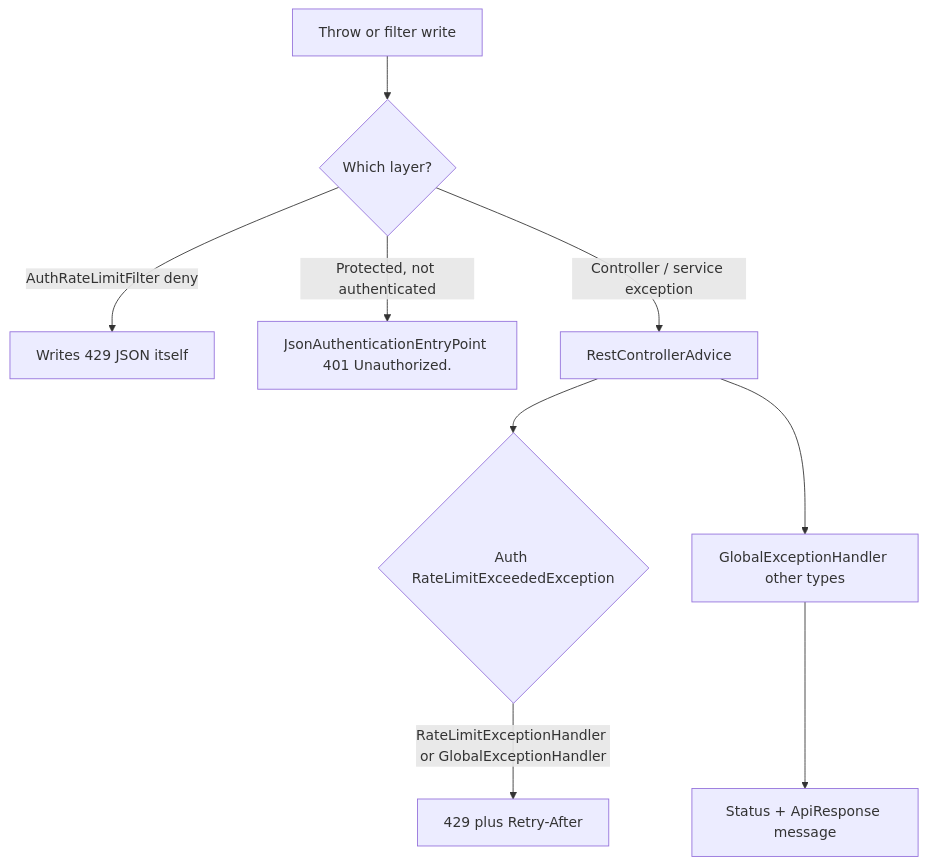
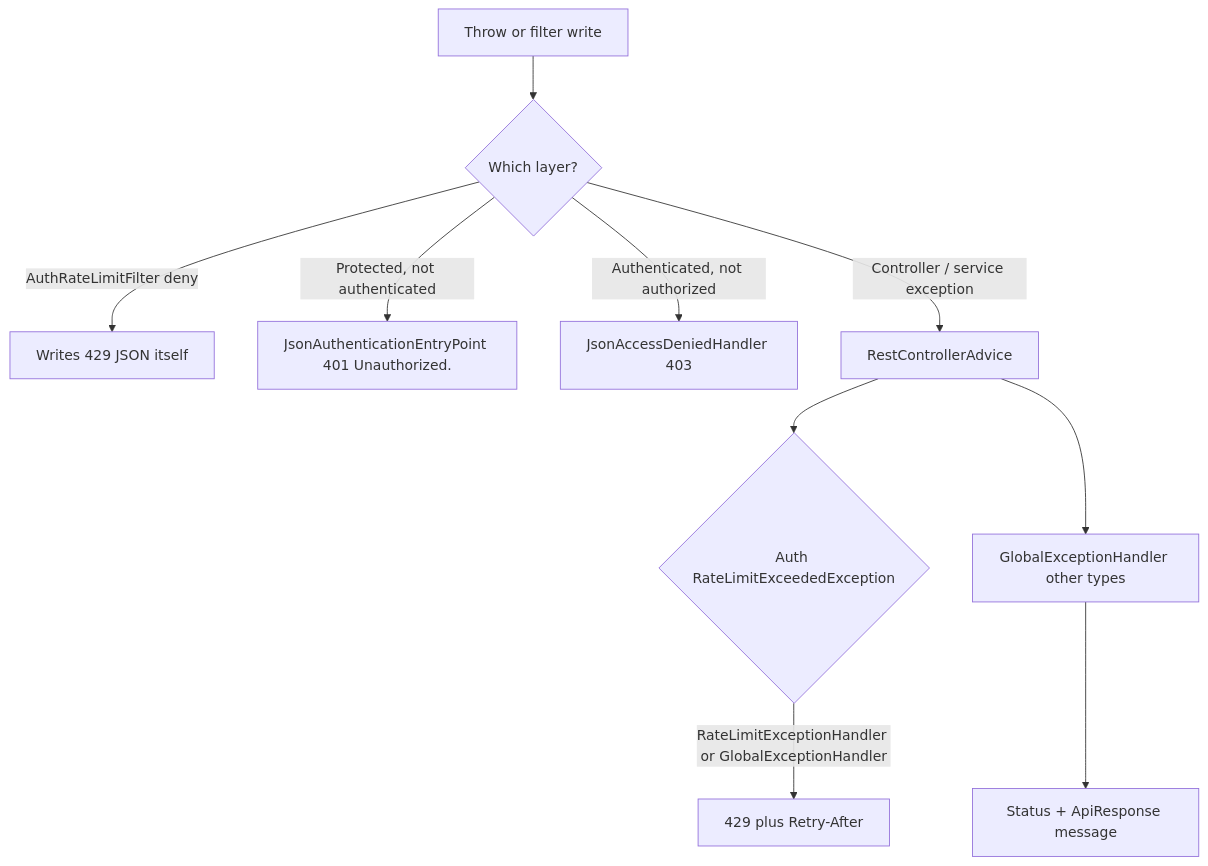
The diagram in src/main/java/com/developer/copilot/auth/docs/ERROR-HANDLING.md (Venkata-Nageswara-Bhadri78/CodePilot), drawn with Mermaid before and after one commit. The commit also changed other lines of this file and 14 other files, not shown here.

````diff
--- a/src/main/java/com/developer/copilot/auth/docs/ERROR-HANDLING.md
+++ b/src/main/java/com/developer/copilot/auth/docs/ERROR-HANDLING.md
@@ -22,11 +22,12 @@
 ```mermaid
 flowchart TD
     A[Throw or filter write] --> B{Which layer?}
     B -->|AuthRateLimitFilter deny| C[Writes 429 JSON itself]
     B -->|Protected, not authenticated| D[JsonAuthenticationEntryPoint 401 Unauthorized.]
+    B -->|Authenticated, not authorized| AD[JsonAccessDeniedHandler 403]
     B -->|Controller / service exception| E[RestControllerAdvice]
     E --> F{Auth RateLimitExceededException}
     F -->|RateLimitExceptionHandler or GlobalExceptionHandler| G[429 plus Retry-After]
     E --> H[GlobalExceptionHandler other types]
     H --> I[Status + ApiResponse message]
 ```
````
